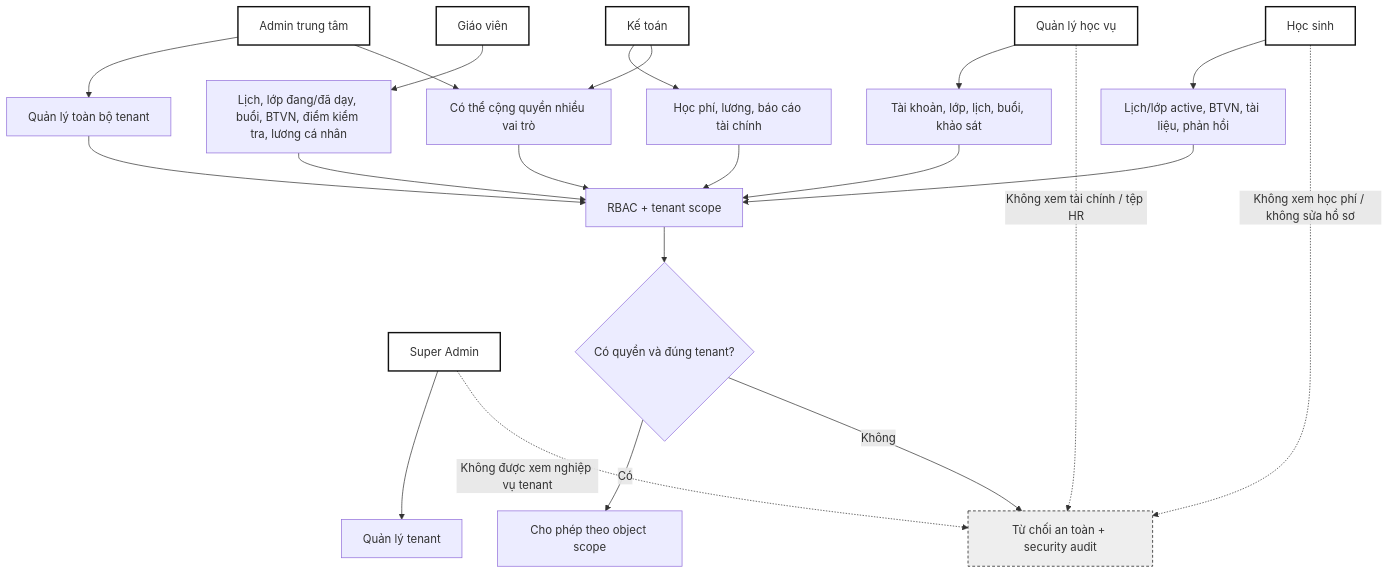
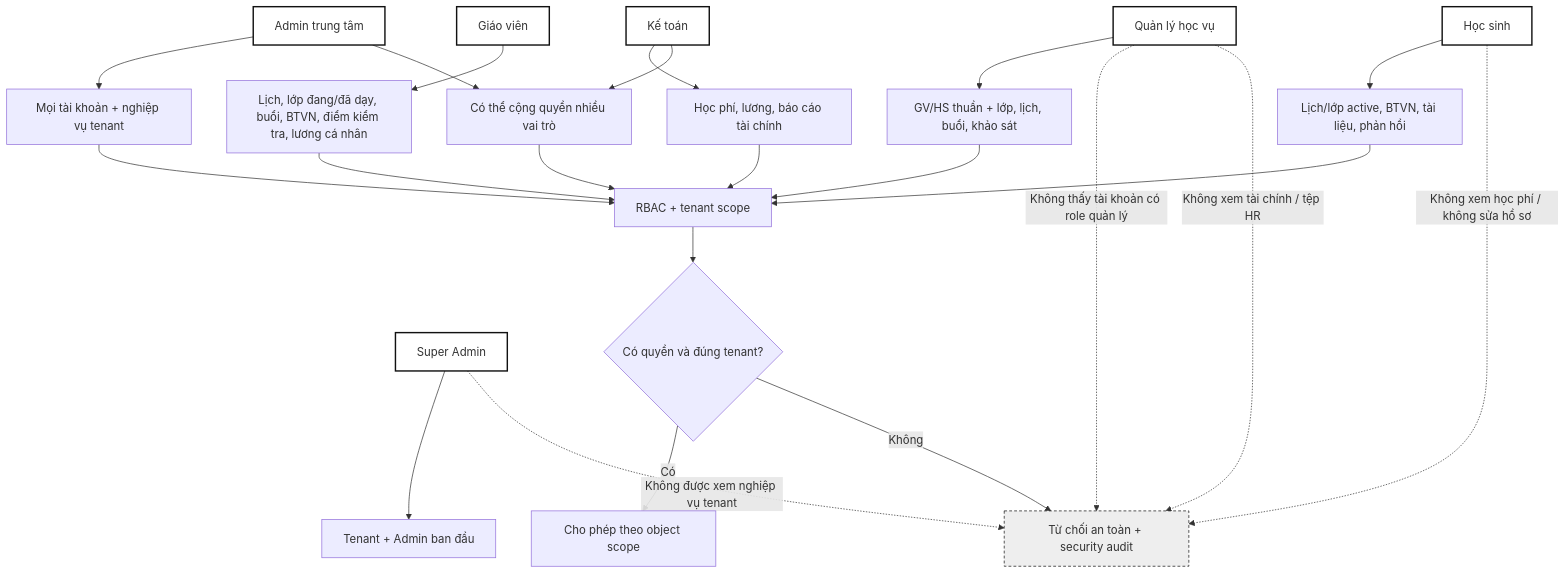
The diagram in docs/flows/sources/FL-02-rbac-use-cases.mmd (hieudn2412/class-manage-system), drawn with Mermaid before and after one commit. The commit also changed 155 other files, not shown here.

```diff
--- a/docs/flows/sources/FL-02-rbac-use-cases.mmd
+++ b/docs/flows/sources/FL-02-rbac-use-cases.mmd
@@ -1,30 +1,31 @@
 flowchart TB
-  SA["Super Admin"] --> U1["Quản lý tenant"]
-  ADM["Admin trung tâm"] --> U2["Quản lý toàn bộ tenant"]
-  OPS["Quản lý học vụ"] --> U3["Tài khoản, lớp, lịch, buổi, khảo sát"]
+  SA["Super Admin"] --> U1["Tenant + Admin ban đầu"]
+  ADM["Admin trung tâm"] --> U2["Mọi tài khoản + nghiệp vụ tenant"]
+  OPS["Quản lý học vụ"] --> U3["GV/HS thuần + lớp, lịch, buổi, khảo sát"]
   ACC["Kế toán"] --> U4["Học phí, lương, báo cáo tài chính"]
   TEA["Giáo viên"] --> U5["Lịch, lớp đang/đã dạy, buổi, BTVN, điểm kiểm tra, lương cá nhân"]
   STU["Học sinh"] --> U6["Lịch/lớp active, BTVN, tài liệu, phản hồi"]
 
   U2 --> R1["RBAC + tenant scope"]
   U3 --> R1
   U4 --> R1
   U5 --> R1
   U6 --> R1
 
   R1 --> P1{"Có quyền và đúng tenant?"}
   P1 -->|"Có"| DATA["Cho phép theo object scope"]
   P1 -->|"Không"| DENY["Từ chối an toàn + security audit"]
 
   ADM --> MULTI["Có thể cộng quyền nhiều vai trò"]
   ACC --> MULTI
   MULTI --> R1
 
   SA -. "Không được xem nghiệp vụ tenant" .-> DENY
+  OPS -. "Không thấy tài khoản có role quản lý" .-> DENY
   STU -. "Không xem học phí / không sửa hồ sơ" .-> DENY
   OPS -. "Không xem tài chính / tệp HR" .-> DENY
 
   classDef actor fill:#fff,stroke:#111,stroke-width:2px;
   classDef deny fill:#eee,stroke:#111,stroke-dasharray:4 3;
   class SA,ADM,OPS,ACC,TEA,STU actor;
   class DENY deny;
```
